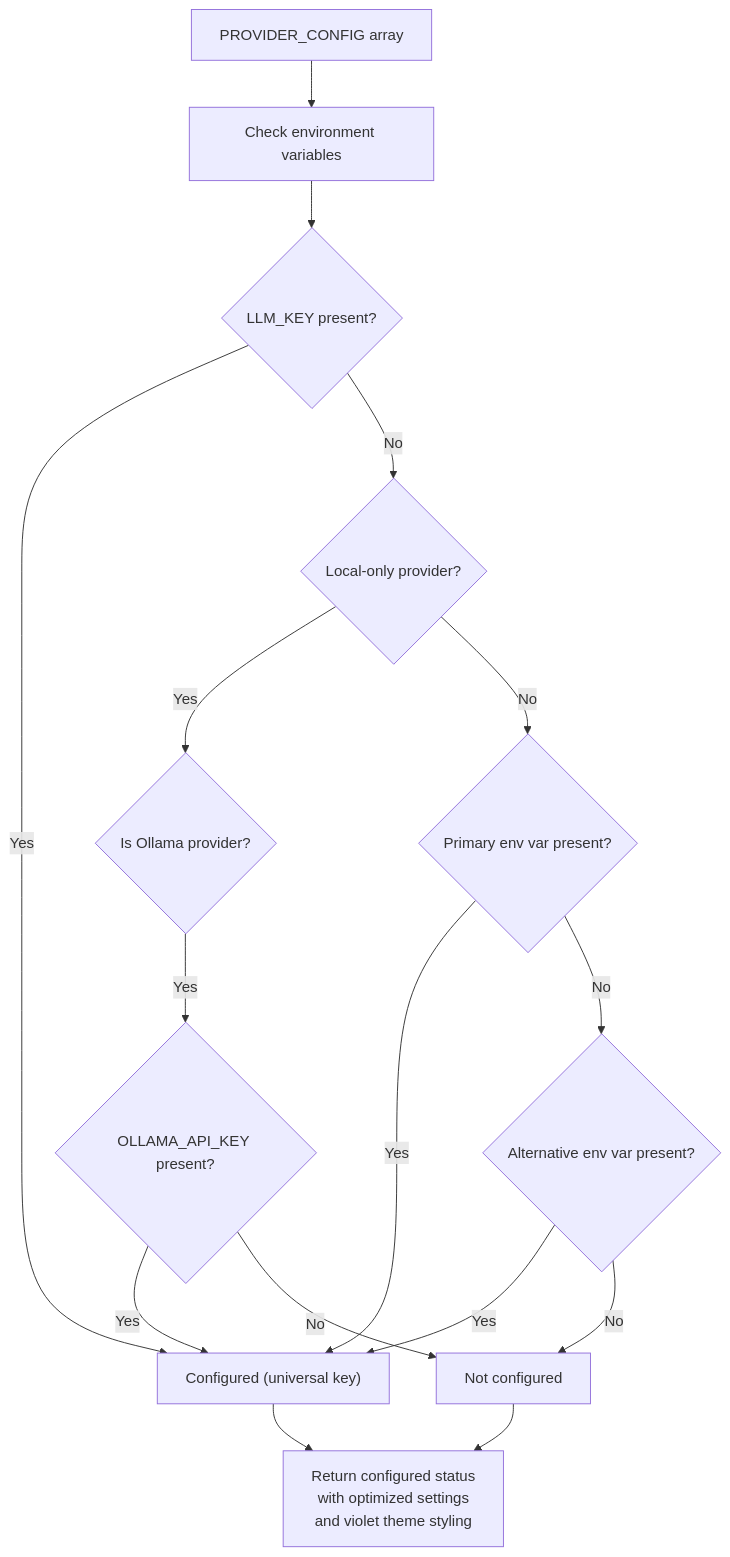
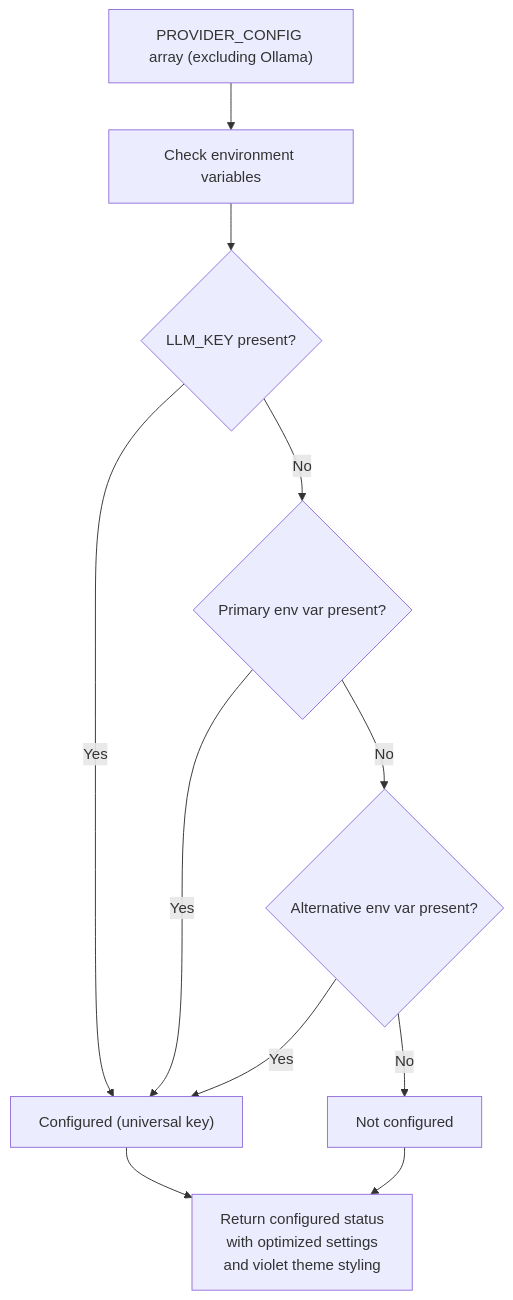
Before and after one commit to shekhargiri005-dotcom/AI-powered-accessibility-first-UI-engine: the fifth of 13 diagrams in .qoder/repowiki/en/content/AI Generation Engine/Model Configuration & Selection/Model Configuration & Selection.md, drawn with Mermaid. The commit also changed other lines of this file and 7 other files, not shown here.

````diff
--- a/.qoder/repowiki/en/content/AI Generation Engine/Model Configuration & Selection/Model Configuration & Selection.md
+++ b/.qoder/repowiki/en/content/AI Generation Engine/Model Configuration & Selection/Model Configuration & Selection.md
@@ -326,18 +320,13 @@
 ```mermaid
 flowchart TD
-ProviderConfig["PROVIDER_CONFIG array"] --> CheckEnv["Check environment variables"]
+ProviderConfig["PROVIDER_CONFIG array (excluding Ollama)"] --> CheckEnv["Check environment variables"]
 CheckEnv --> UniversalKey{"LLM_KEY present?"}
 UniversalKey --> |Yes| Configured["Configured (universal key)"]
-UniversalKey --> |No| LocalOnly{"Local-only provider?"}
-LocalOnly --> |Yes| OllamaCheck{"Is Ollama provider?"}
-OllamaCheck --> |Yes| OllamaKeyCheck{"OLLAMA_API_KEY present?"}
-OllamaKeyCheck --> |Yes| Configured
-OllamaKeyCheck --> |No| NotConfigured["Not configured"]
-LocalOnly --> |No| PrimaryCheck{"Primary env var present?"}
+UniversalKey --> |No| PrimaryCheck{"Primary env var present?"}
 PrimaryCheck --> |Yes| Configured
 PrimaryCheck --> |No| AltCheck{"Alternative env var present?"}
 AltCheck --> |Yes| Configured
-AltCheck --> |No| NotConfigured
+AltCheck --> |No| NotConfigured["Not configured"]
 Configured --> ReturnStatus["Return configured status<br/>with optimized settings<br/>and violet theme styling"]
 NotConfigured --> ReturnStatus
 ```
````
